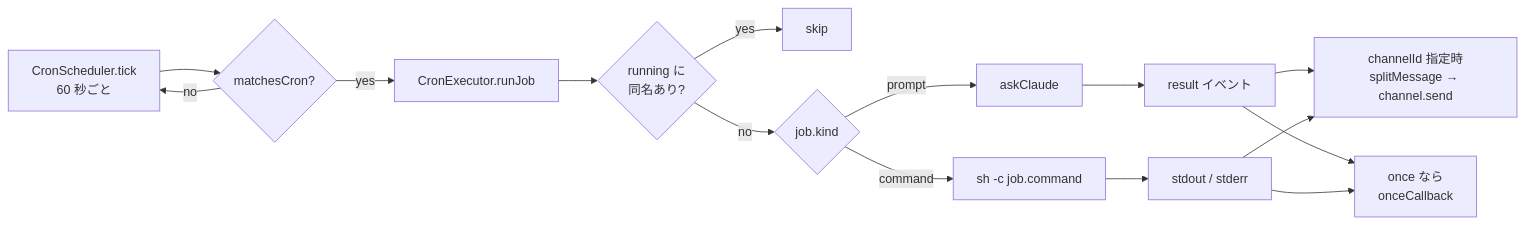
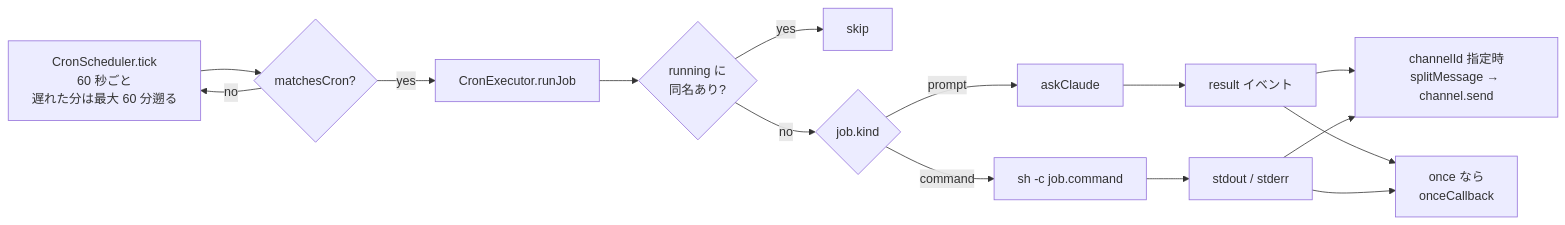
Before and after one commit to ansanloms/loms-claw: the diagram in docs/architecture/cron.md, drawn with Mermaid. The commit also changed other lines of this file and 11 other files, not shown here.

First line of the commit message:
refactor: cron 式の解析を croner に置き換え、tick の遅延で分を取りこぼさないようにする

````diff
--- a/docs/architecture/cron.md
+++ b/docs/architecture/cron.md
@@ -24,17 +24,17 @@
 ```mermaid
 flowchart LR
-  T[CronScheduler.tick<br/>60 秒ごと] --> M{matchesCron?}
+  T[CronScheduler.tick<br/>60 秒ごと<br/>遅れた分は最大 60 分遡る] --> M{matchesCron?}
   M -- no --> T
   M -- yes --> R[CronExecutor.runJob]
   R --> G{running に<br/>同名あり?}
   G -- yes --> S[skip]
   G -- no --> K{job.kind}
   K -- prompt --> A[askClaude]
   K -- command --> C["sh -c job.command"]
   A --> E[result イベント]
   C --> E2[stdout / stderr]
   E --> D[channelId 指定時<br/>splitMessage → channel.send]
   E2 --> D
   E --> O[once なら<br/>onceCallback]
   E2 --> O
 ```
````
